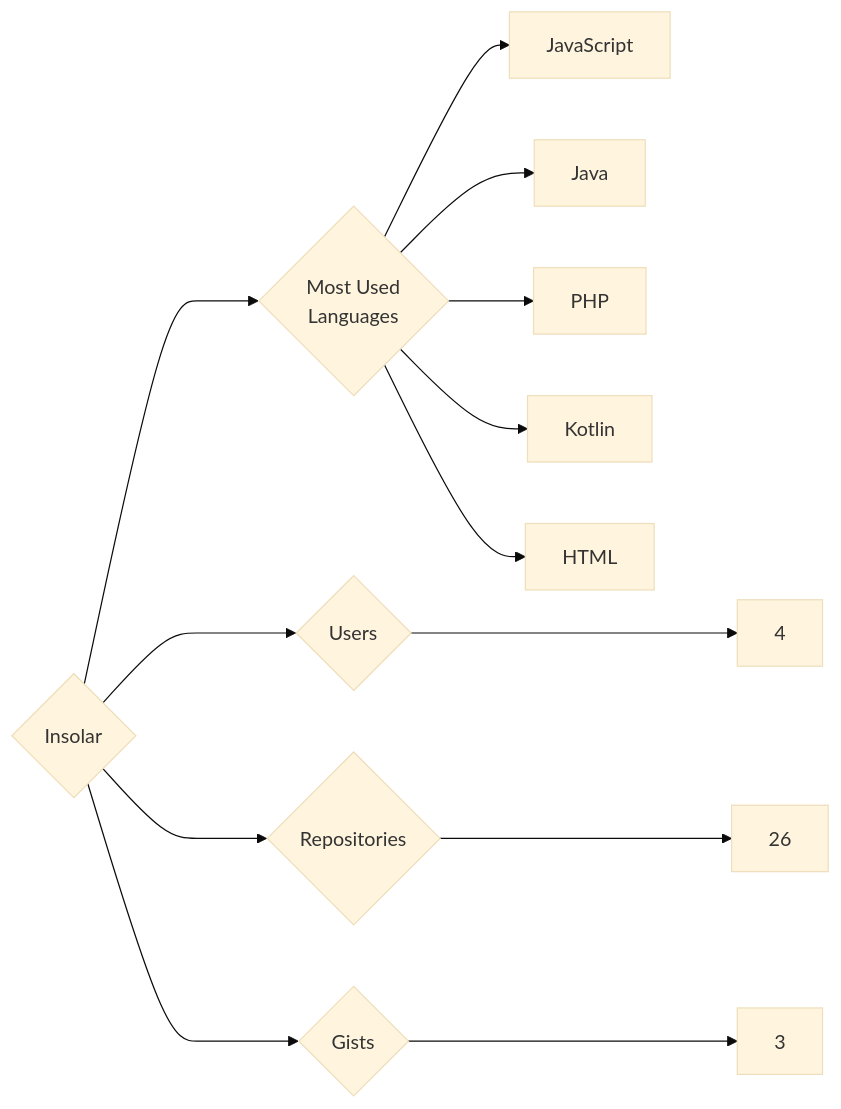
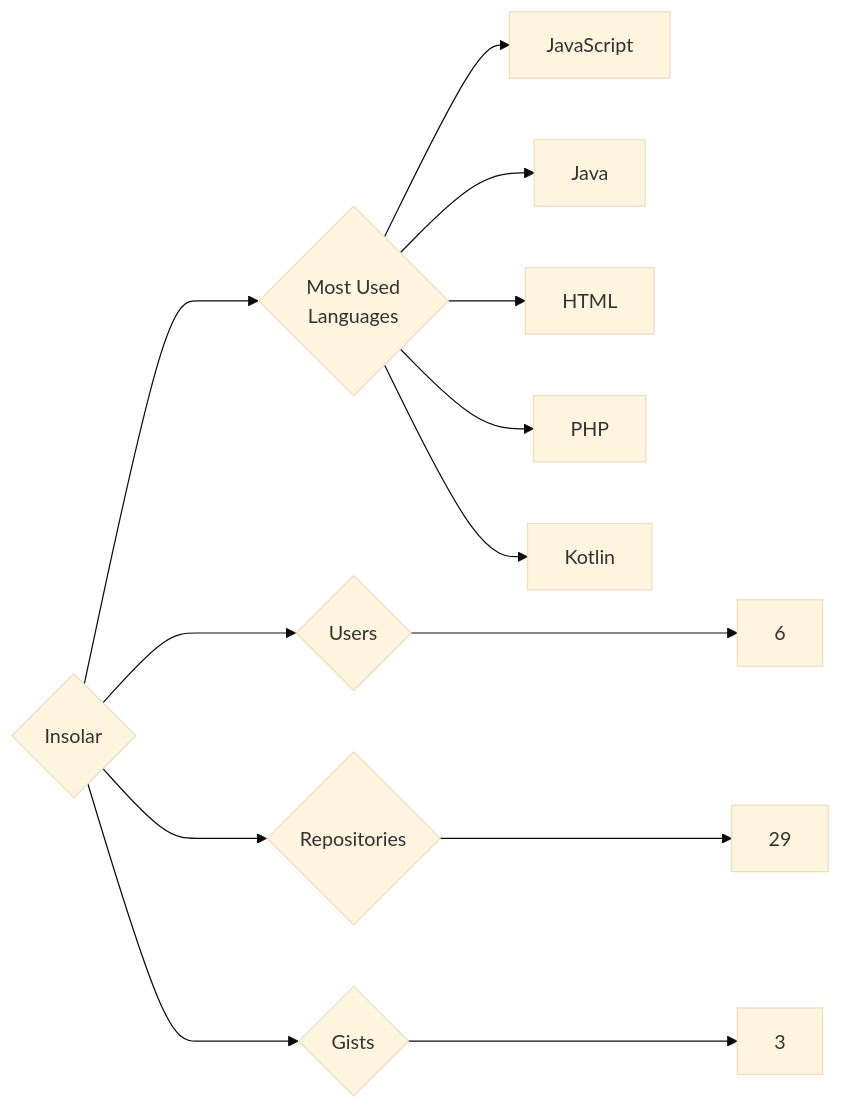
One commit to trickest/insiders changed the diagram in targets/Insolar/README.md. Above: the diagram before and after it, drawn with Mermaid (base theme). The commit also changed 1175 other files, not shown here.

````diff
--- a/targets/Insolar/README.md
+++ b/targets/Insolar/README.md
@@ -3,13 +3,13 @@
 ```mermaid
 graph LR
 COMPANY_NAME{Insolar}
-COMPANY_NAME ---> U{Users} ---> UN[4]
-COMPANY_NAME ---> R{Repositories} ---> RN[26]
+COMPANY_NAME ---> U{Users} ---> UN[6]
+COMPANY_NAME ---> R{Repositories} ---> RN[29]
 COMPANY_NAME ---> G{Gists} ---> GN[3]
 COMPANY_NAME ---> ML{Most Used<br>Languages}
 ML --> JavaScript[JavaScript]
 ML --> Java[Java]
+ML --> HTML[HTML]
 ML --> PHP[PHP]
 ML --> Kotlin[Kotlin]
-ML --> HTML[HTML]
 ```
````
